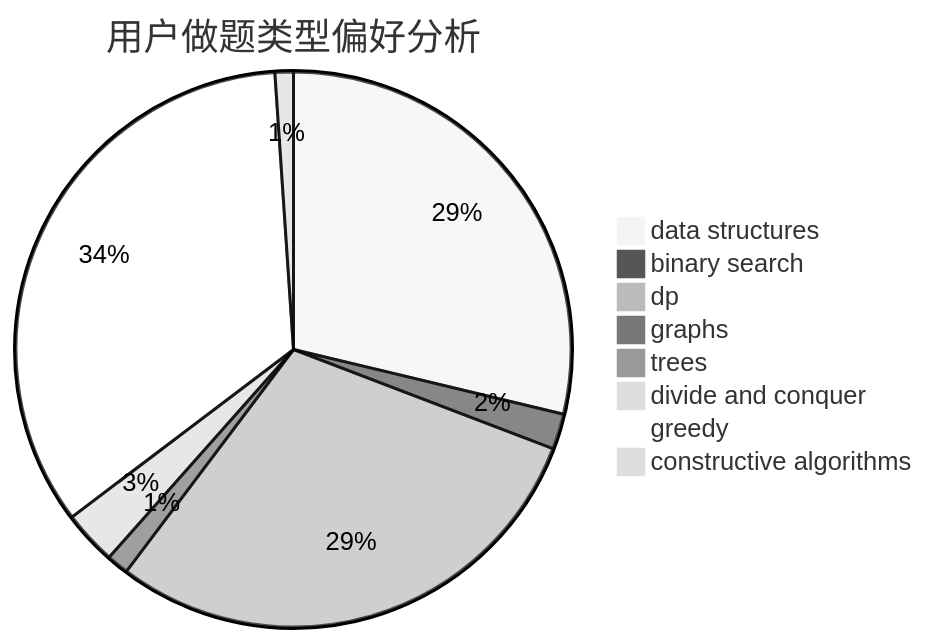
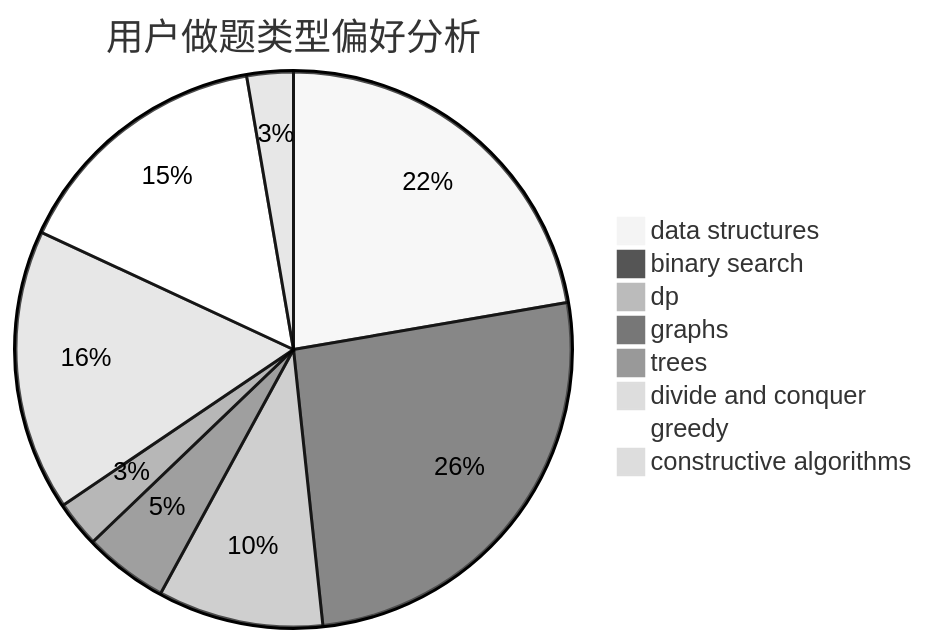
One commit to sherpahu/cfrs.github.io changed the second of 3 diagrams in docs/user/u1957.md. Above: the diagram before and after it, drawn with Mermaid (neutral theme). The commit also changed other lines of this file and 2770 other files, not shown here.

````diff
--- a/docs/user/u1957.md
+++ b/docs/user/u1957.md
@@ -23,11 +23,11 @@
 ```mermaid
 pie title 用户做题类型偏好分析
-    "data structures" :  403
-    "binary search" :  29
-    "dp" :  413
-    "graphs" :  18
-    "trees" :  7
-    "divide and conquer" :  44
-    "greedy" :  480
-    "constructive algorithms" :  15
+    "data structures" :  132
+    "binary search" :  154
+    "dp" :  57
+    "graphs" :  29
+    "trees" :  16
+    "divide and conquer" :  97
+    "greedy" :  91
+    "constructive algorithms" :  16
 ```
````
